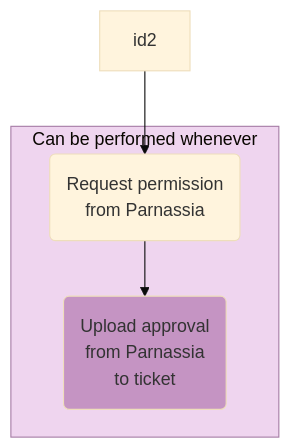
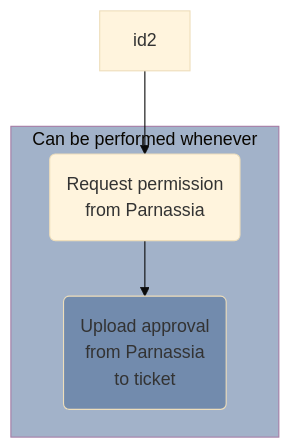
Before and after one commit to elan-dcc/elan-dcc.github.io: the diagram in charts/flowchart/mentalhealth.mmd, drawn with Mermaid (base theme). The commit also changed 83 other files, not shown here.

```diff
--- a/charts/flowchart/mentalhealth.mmd
+++ b/charts/flowchart/mentalhealth.mmd
@@ -1,13 +1,13 @@
 flowchart TD
 subgraph external [Can be performed whenever]
     idB1(Request permission
     from Parnassia) --> idB2(Upload approval
     from Parnassia
     to ticket)
 end
 
 id2 --> idB1
 
-style idB2 fill:#c594c3
-style external fill:#efd5ef, stroke:#a57ca5
+style idB2 fill:#728bad
+style external fill:#a2b2c9, stroke:#a57ca5
 click idB2 "https://elanresearch.nl" "ELAN research" _blank
```
